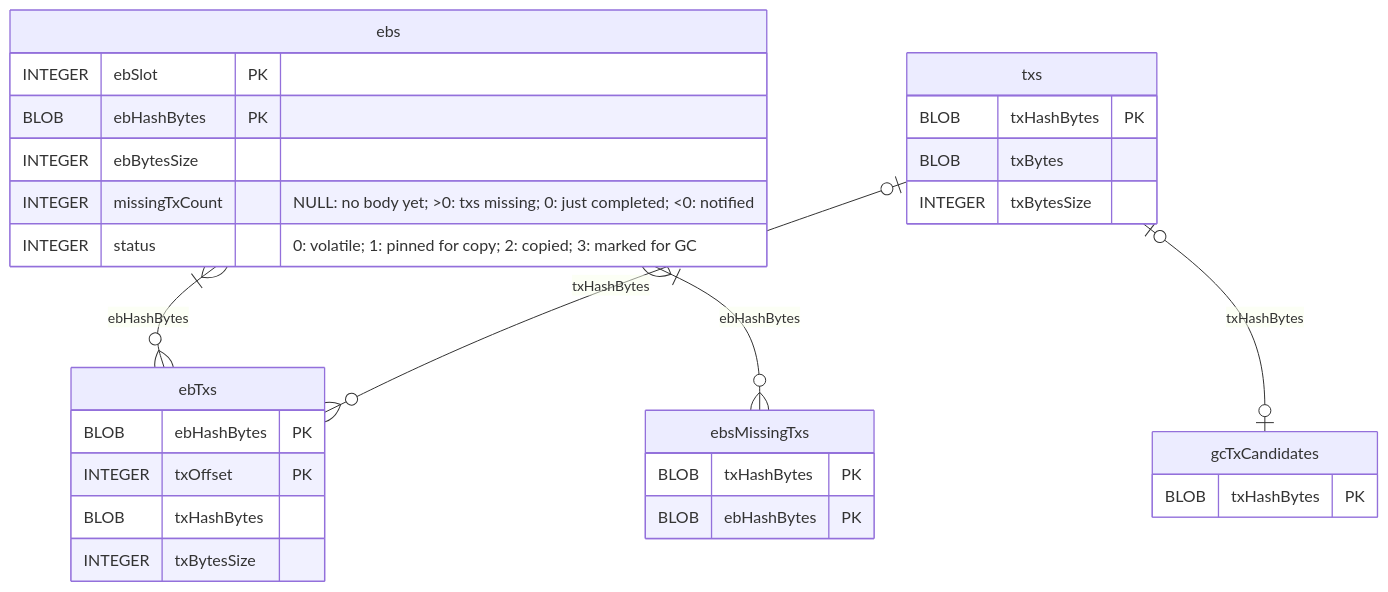
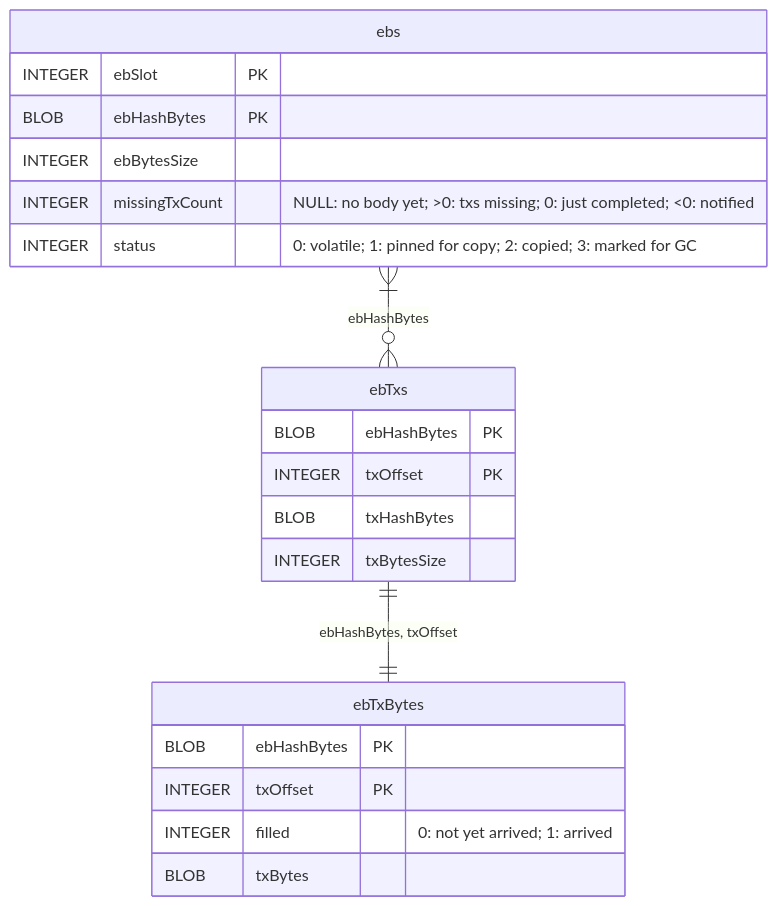
The first of 3 diagrams in packages/ouroboros-consensus/docs/website/contents/explanations/leiosdb.md (tweag/cardano-kosmos), drawn with Mermaid before and after one commit. The commit also changed other lines of this file and 104 other files, not shown here.

````diff
--- a/packages/ouroboros-consensus/docs/website/contents/explanations/leiosdb.md
+++ b/packages/ouroboros-consensus/docs/website/contents/explanations/leiosdb.md
@@ -19,33 +19,25 @@
 ```mermaid
 erDiagram
     ebs {
         INTEGER ebSlot PK
         BLOB ebHashBytes PK
         INTEGER ebBytesSize
         INTEGER missingTxCount "NULL: no body yet; >0: txs missing; 0: just completed; <0: notified"
         INTEGER status "0: volatile; 1: pinned for copy; 2: copied; 3: marked for GC"
     }
     ebTxs {
         BLOB ebHashBytes PK
         INTEGER txOffset PK
         BLOB txHashBytes
         INTEGER txBytesSize
     }
-    txs {
-        BLOB txHashBytes PK
+    ebTxBytes {
+        BLOB ebHashBytes PK
+        INTEGER txOffset PK
+        INTEGER filled "0: not yet arrived; 1: arrived"
         BLOB txBytes
-        INTEGER txBytesSize
-    }
-    ebsMissingTxs {
-        BLOB txHashBytes PK
-        BLOB ebHashBytes PK
-    }
-    gcTxCandidates {
-        BLOB txHashBytes PK
     }
 
     ebs }|--o{ ebTxs : "ebHashBytes"
-    txs |o--o{ ebTxs : "txHashBytes"
-    ebs }|--o{ ebsMissingTxs : "ebHashBytes"
-    txs |o--o| gcTxCandidates : "txHashBytes"
+    ebTxs ||--|| ebTxBytes : "ebHashBytes, txOffset"
 ```
````
